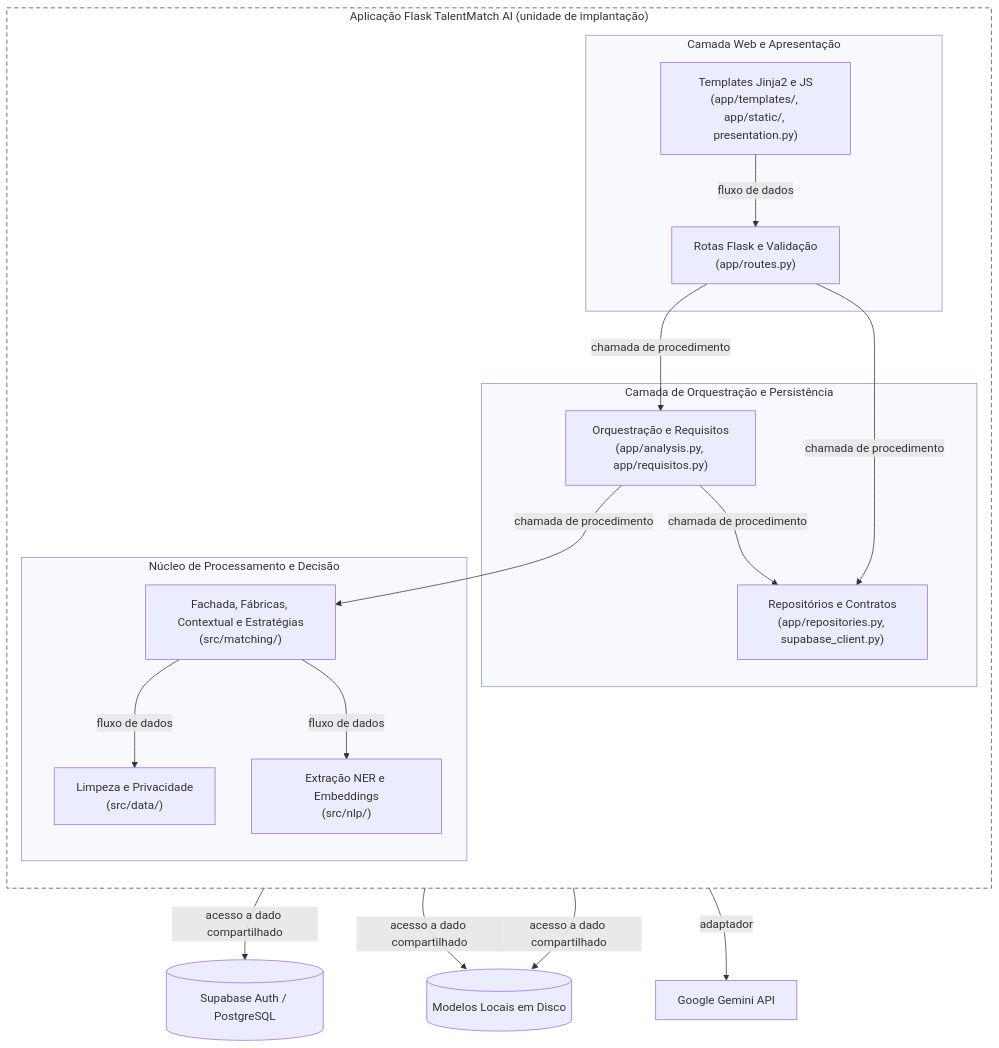
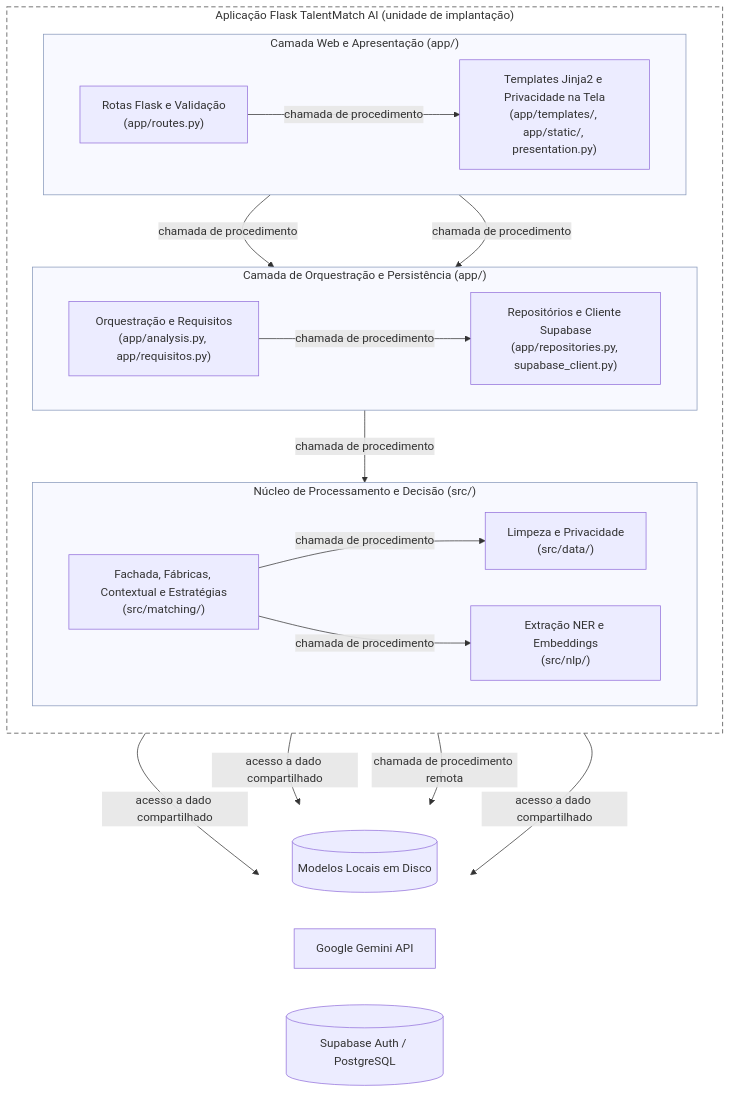
Before and after one commit to Makezuko/SI-PI6-2026-T101-G04: the first of 5 diagrams in docs/3-arquitetura.md, drawn with Mermaid. The commit also changed other lines of this file and 7 other files, not shown here.

Commit message:
docs(arquitetura): corrige C4 nível 2, diagramas GoF e conectores conforme revisão

````diff
--- a/docs/3-arquitetura.md
+++ b/docs/3-arquitetura.md
@@ -58,42 +58,49 @@
 ```mermaid
 flowchart TB
     subgraph unidade["Aplicação Flask TalentMatch AI (unidade de implantação)"]
         direction TB
-        subgraph borda["Camada Web e Apresentação"]
-            templates["Templates Jinja2 e JS<br/>(app/templates/, app/static/, presentation.py)"]
+        subgraph borda["Camada Web e Apresentação (app/)"]
+            direction LR
             rotas["Rotas Flask e Validação<br/>(app/routes.py)"]
+            templates["Templates Jinja2 e Privacidade na Tela<br/>(app/templates/, app/static/, presentation.py)"]
         end
 
-        subgraph aplicacao["Camada de Orquestração e Persistência"]
-            repo["Repositórios e Contratos<br/>(app/repositories.py, supabase_client.py)"]
+        subgraph aplicacao["Camada de Orquestração e Persistência (app/)"]
+            direction LR
             orq["Orquestração e Requisitos<br/>(app/analysis.py, app/requisitos.py)"]
+            repo["Repositórios e Cliente Supabase<br/>(app/repositories.py, supabase_client.py)"]
         end
 
-        subgraph nucleo["Núcleo de Processamento e Decisão"]
-            matching["Fachada, Fábricas, Contextual e Estratégias<br/>(src/matching/)"]
+        subgraph nucleo["Núcleo de Processamento e Decisão (src/)"]
+            direction LR
             dados["Limpeza e Privacidade<br/>(src/data/)"]
             nlp["Extração NER e Embeddings<br/>(src/nlp/)"]
+            matching["Fachada, Fábricas, Contextual e Estratégias<br/>(src/matching/)"]
         end
     end
 
-    db[("Supabase Auth / PostgreSQL")]
-    pesos[("Modelos Locais em Disco")]
-    api["Google Gemini API"]
+    subgraph externos[" "]
+        direction LR
+        pesos[("Modelos Locais em Disco")]
+        api["Google Gemini API"]
+        db[("Supabase Auth / PostgreSQL")]
+    end
 
-    templates -->|"fluxo de dados"| rotas
+    rotas -->|"chamada de procedimento"| templates
+    rotas -->|"chamada de procedimento"| orq
     rotas -->|"chamada de procedimento"| repo
-    rotas -->|"chamada de procedimento"| orq
     orq -->|"chamada de procedimento"| repo
     orq -->|"chamada de procedimento"| matching
-    matching -->|"fluxo de dados"| dados
-    matching -->|"fluxo de dados"| nlp
-    repo -->|"acesso a dado compartilhado"| db
+    matching -->|"chamada de procedimento"| dados
+    matching -->|"chamada de procedimento"| nlp
     nlp -->|"acesso a dado compartilhado"| pesos
     matching -->|"acesso a dado compartilhado"| pesos
-    matching -->|"adaptador"| api
+    matching -->|"chamada de procedimento remota"| api
+    repo -->|"acesso a dado compartilhado"| db
 
     style unidade fill:#ffffff,stroke:#444444,stroke-dasharray: 6 4
     style borda fill:#f8f9ff,stroke:#8899bb
     style aplicacao fill:#f8f9ff,stroke:#8899bb
     style nucleo fill:#f8f9ff,stroke:#8899bb
+    style externos fill:none,stroke:none
 ```
````
